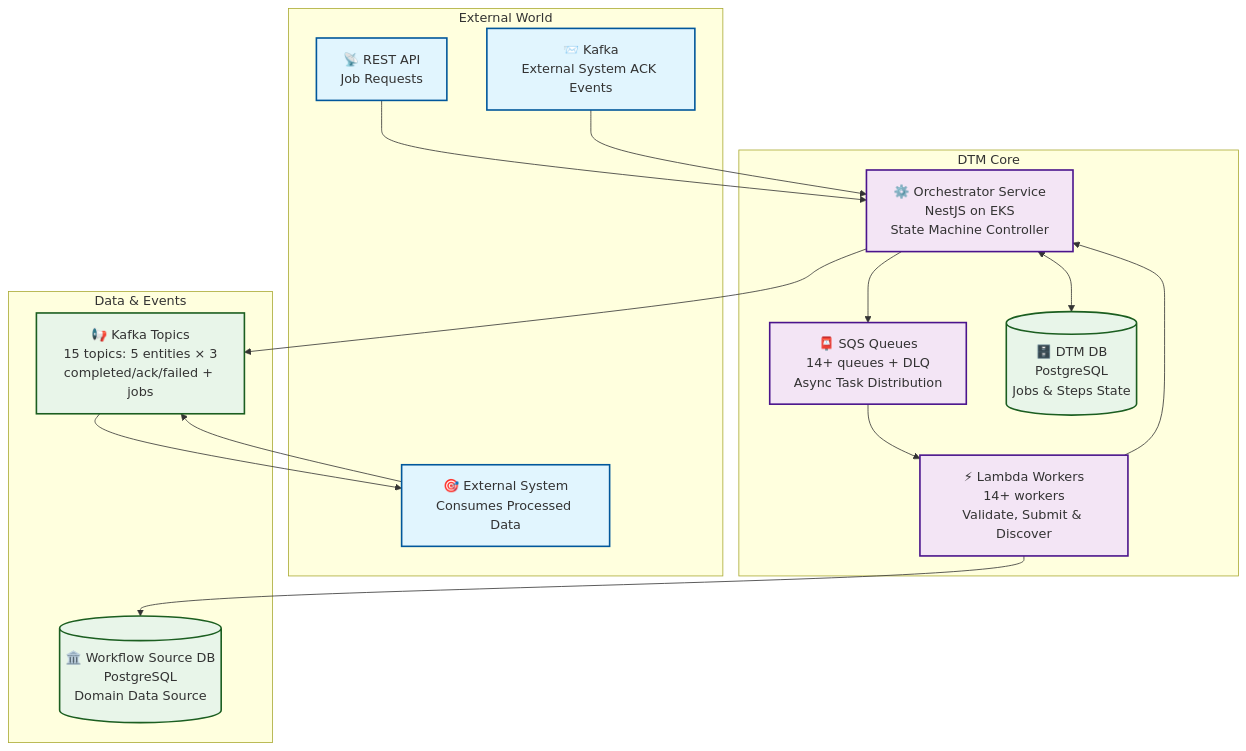
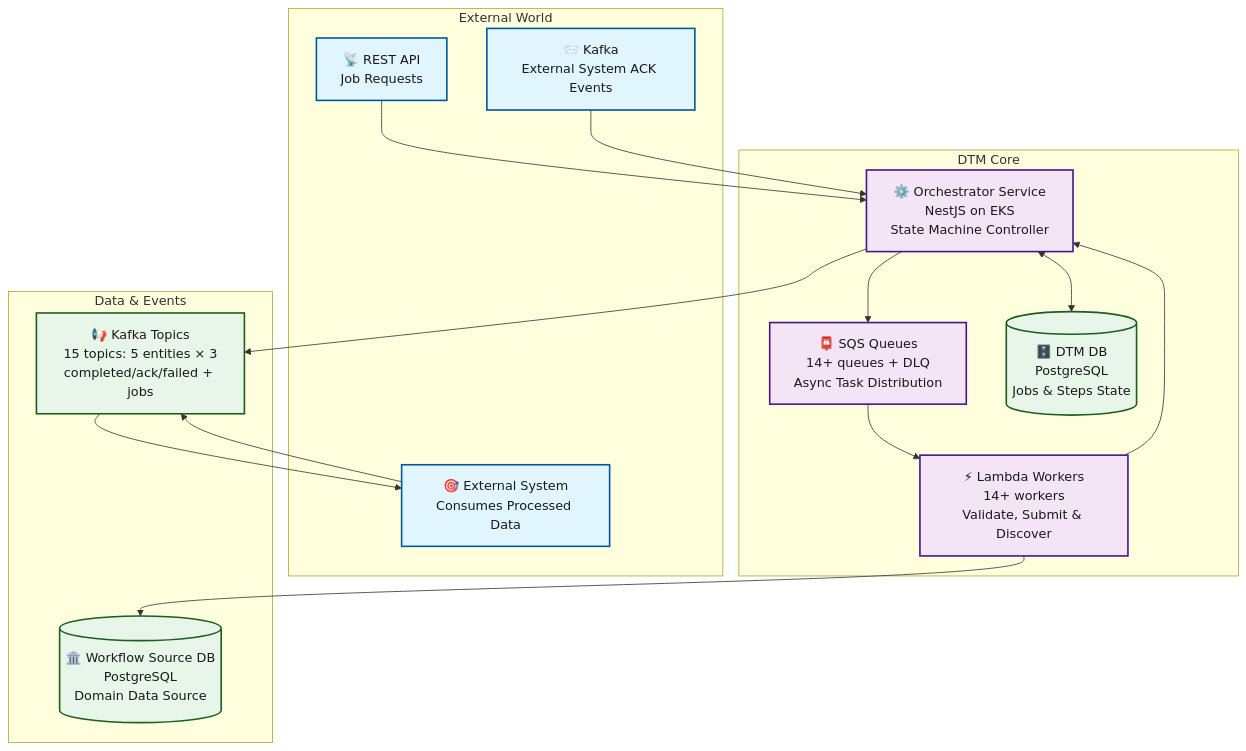
One commit to inctasoft/setpoint-evals-dtm-examples changed the first of 9 diagrams in docs/guides/system-architecture.md. Above: the diagram before and after it, drawn with Mermaid. The commit also changed other lines of this file and 1 other file, not shown here.

First line of the commit message:
docs: explicit dark text color on 46 pastel mermaid classDefs (scout M5, #123) (#124)

````diff
--- a/docs/guides/system-architecture.md
+++ b/docs/guides/system-architecture.md
@@ -34,39 +34,39 @@
 ```mermaid
 graph TB
     subgraph "External World"
         API[📡 REST API<br/>Job Requests]
         EXT_KAFKA[📨 Kafka<br/>External System ACK Events]
         EXT_SYSTEM[🎯 External System<br/>Consumes Processed Data]
     end
 
     subgraph "DTM Core"
         ORCH[⚙️ Orchestrator Service<br/>NestJS on EKS<br/>State Machine Controller]
         SQS[📮 SQS Queues<br/>14+ queues + DLQ<br/>Async Task Distribution]
         WORKERS[⚡ Lambda Workers<br/>14+ workers<br/>Validate, Submit & Discover]
         DTM_DB[(🗄️ DTM DB<br/>PostgreSQL<br/>Jobs & Steps State)]
     end
 
     subgraph "Data & Events"
         SOURCE_DB[(🏛️ Workflow Source DB<br/>PostgreSQL<br/>Domain Data Source)]
         KAFKA[📢 Kafka Topics<br/>15 topics: 5 entities × 3<br/>completed/ack/failed + jobs]
     end
 
     API --> ORCH
     EXT_KAFKA --> ORCH
     ORCH <--> DTM_DB
     ORCH --> SQS
     SQS --> WORKERS
     WORKERS --> SOURCE_DB
     WORKERS --> ORCH
     ORCH --> KAFKA
     KAFKA --> EXT_SYSTEM
     EXT_SYSTEM --> KAFKA
 
-    classDef external fill:#e1f5fe,stroke:#01579b,stroke-width:2px
-    classDef core fill:#f3e5f5,stroke:#4a148c,stroke-width:2px
-    classDef data fill:#e8f5e9,stroke:#1b5e20,stroke-width:2px
+    classDef external fill:#e1f5fe,color:#1a1a1a,stroke:#01579b,stroke-width:2px
+    classDef core fill:#f3e5f5,color:#1a1a1a,stroke:#4a148c,stroke-width:2px
+    classDef data fill:#e8f5e9,color:#1a1a1a,stroke:#1b5e20,stroke-width:2px
 
     class API,EXT_KAFKA,EXT_SYSTEM external
     class ORCH,SQS,WORKERS core
     class DTM_DB,SOURCE_DB,KAFKA data
 ```
````
